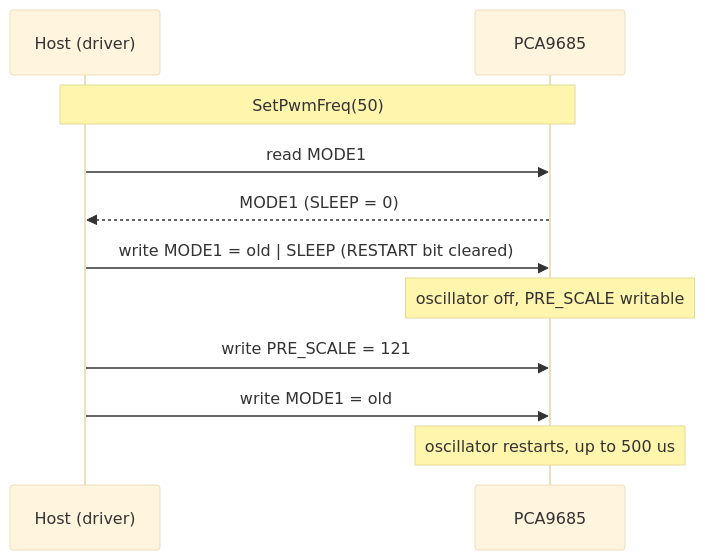
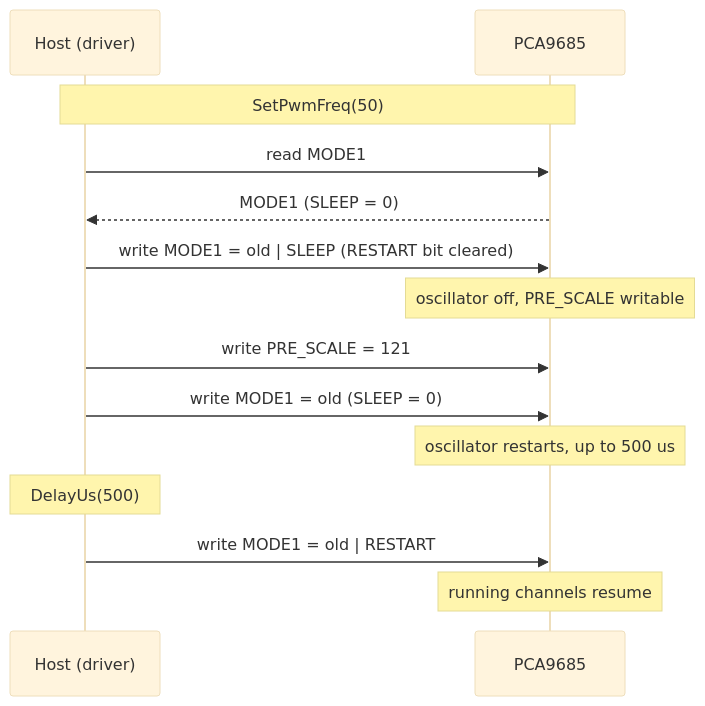
Before and after one commit to hardfoc/hf-pca9685-driver: the diagram in docs/hardware.md, drawn with Mermaid (base theme). The commit also changed other lines of this file and 26 other files, not shown here.

````diff
--- a/docs/hardware.md
+++ b/docs/hardware.md
@@ -62,13 +62,16 @@
 ```mermaid
 sequenceDiagram
     participant H as Host (driver)
     participant C as PCA9685
     Note over H,C: SetPwmFreq(50)
     H->>C: read MODE1
     C-->>H: MODE1 (SLEEP = 0)
     H->>C: write MODE1 = old | SLEEP (RESTART bit cleared)
     Note over C: oscillator off, PRE_SCALE writable
     H->>C: write PRE_SCALE = 121
-    H->>C: write MODE1 = old
+    H->>C: write MODE1 = old (SLEEP = 0)
     Note over C: oscillator restarts, up to 500 us
+    Note over H: DelayUs(500)
+    H->>C: write MODE1 = old | RESTART
+    Note over C: running channels resume
 ```
````
